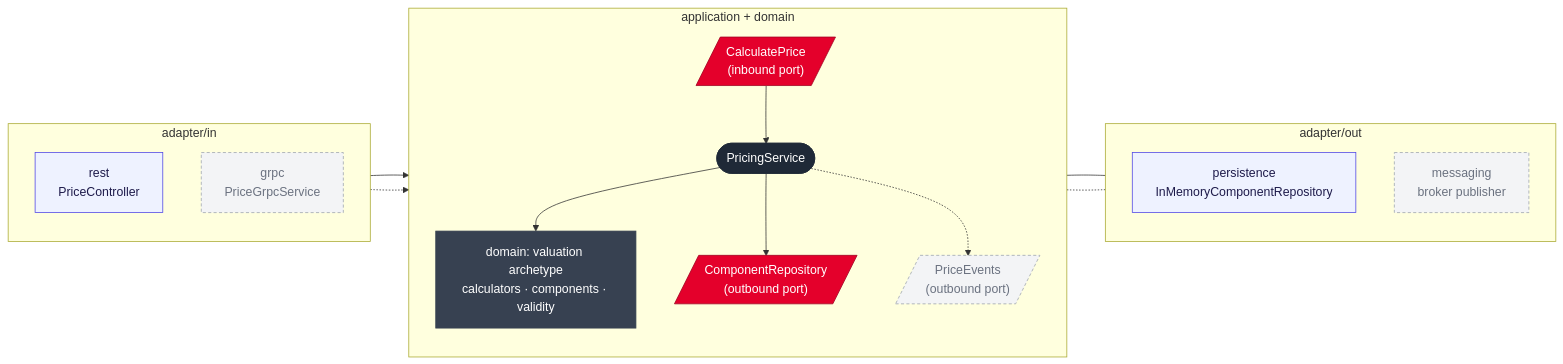
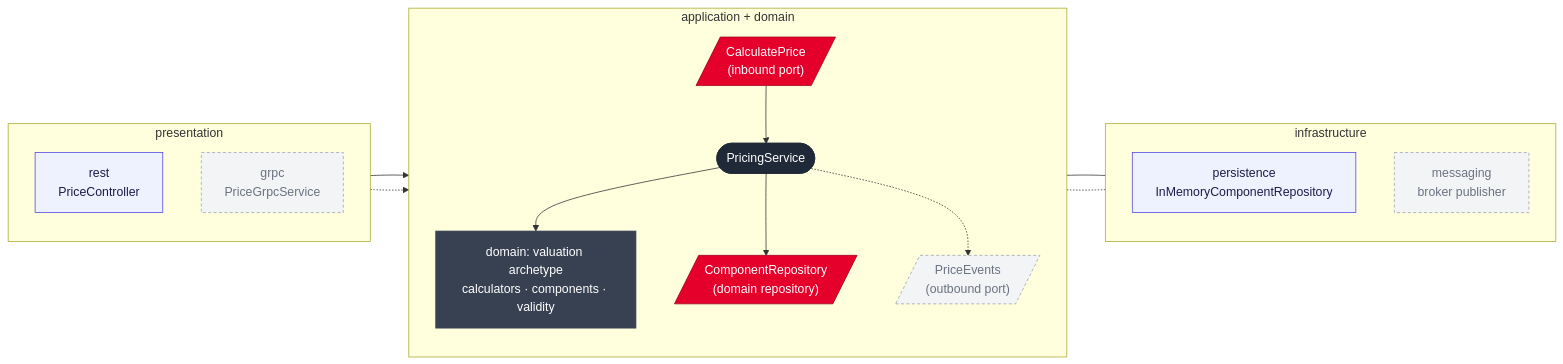
The second of 3 diagrams in docs/04-module-architecture.md (dawid-walter/shopper), drawn with Mermaid before and after one commit. The commit also changed other lines of this file and 3 other files, not shown here.

First line of the commit message:
docs(adr): adopt domain, application, infrastructure and presentation layers

````diff
--- a/docs/04-module-architecture.md
+++ b/docs/04-module-architecture.md
@@ -55,39 +56,39 @@
 ```mermaid
 flowchart LR
-  subgraph in["adapter/in"]
+  subgraph in["presentation"]
     direction TB
     REST["rest<br/>PriceController"]
     GRPC["grpc<br/>PriceGrpcService"]
   end
   subgraph core["application + domain"]
     direction TB
     UC[/"CalculatePrice<br/>(inbound port)"/]
     SVC(["PricingService"])
     DOM["domain: valuation archetype<br/>calculators · components · validity"]
-    REPO[/"ComponentRepository<br/>(outbound port)"/]
+    REPO[/"ComponentRepository<br/>(domain repository)"/]
     PUB[/"PriceEvents<br/>(outbound port)"/]
     UC --> SVC --> DOM
     SVC --> REPO
     SVC -.-> PUB
   end
-  subgraph out["adapter/out"]
+  subgraph out["infrastructure"]
     direction TB
     MEM["persistence<br/>InMemoryComponentRepository"]
     KAFKA["messaging<br/>broker publisher"]
   end
   REST --> UC
   GRPC -.-> UC
   REPO --- MEM
   PUB -.- KAFKA
 
   classDef core fill:#1f2937,stroke:#1f2937,color:#fff
   classDef dom fill:#374151,stroke:#374151,color:#fff
   classDef port fill:#e4002b,stroke:#9f0020,color:#fff
   classDef adapter fill:#eef2ff,stroke:#4f46e5,color:#1e1b4b
   classDef future fill:#f3f4f6,stroke:#9ca3af,color:#6b7280,stroke-dasharray:4 3
   class SVC core
   class DOM dom
   class UC,REPO port
   class REST,MEM adapter
   class GRPC,KAFKA,PUB future
 ```
````
